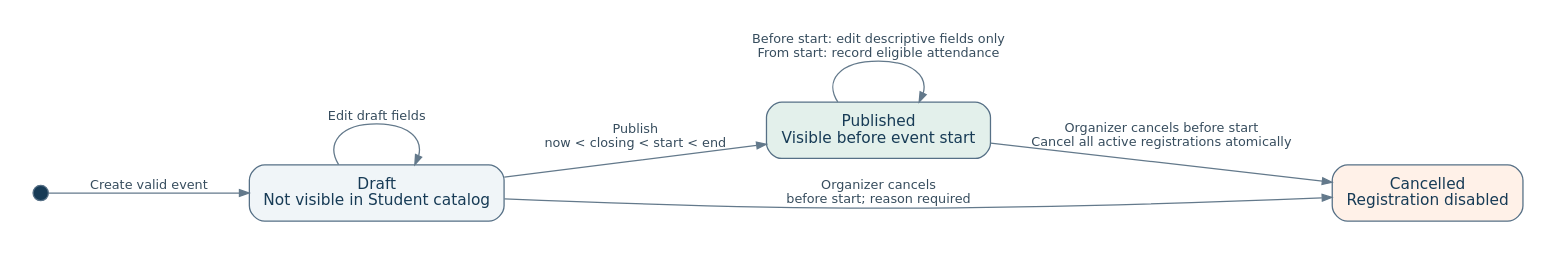
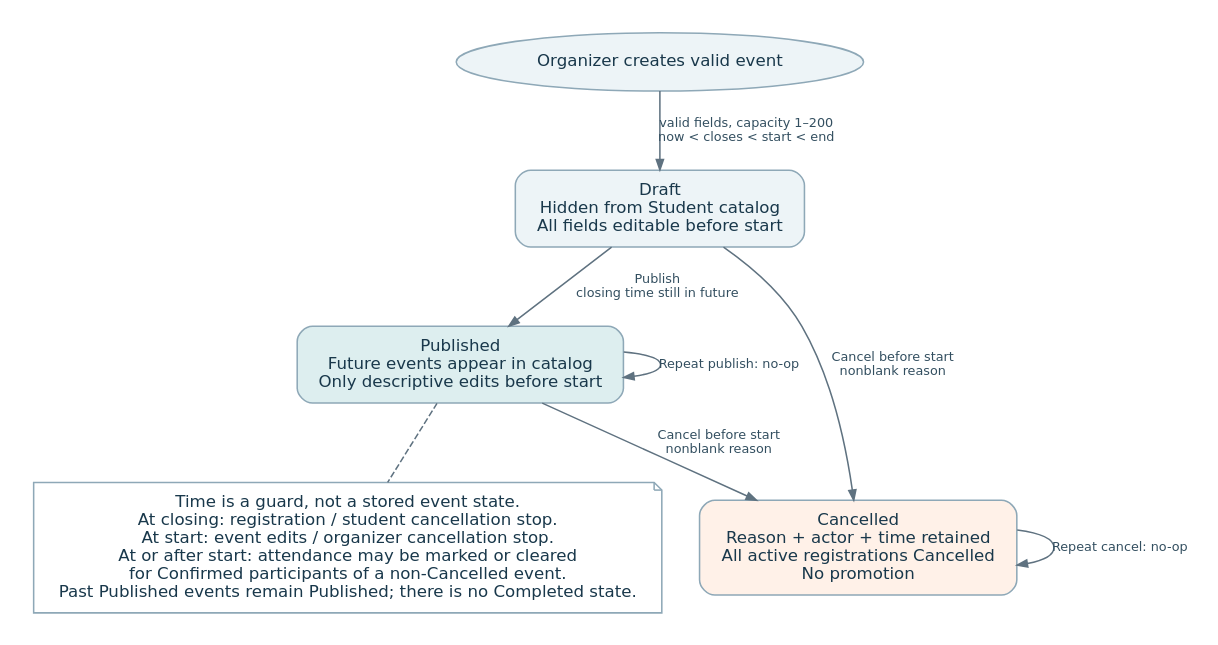
Before and after one commit to alamshahriya1-cpu/campus-event-management: the diagram in docs/diagrams/source/06_event_lifecycle.dot, drawn with Graphviz. The commit also changed 60 other files, not shown here.

Commit message:
Update SRS RTM diagrams and requirements completion report

```diff
--- a/docs/diagrams/source/06_event_lifecycle.dot
+++ b/docs/diagrams/source/06_event_lifecycle.dot
@@ -1,16 +1,34 @@
-digraph Lifecycle {
-graph [bgcolor="white", fontname="DejaVu Sans", pad="0.25", nodesep="0.45", ranksep="0.65"];
-node [fontname="DejaVu Sans", fontsize=12, color="#567086", fontcolor="#173B56", style="rounded,filled", fillcolor="#F0F5F8", shape=box, margin="0.16,0.12"];
-edge [fontname="DejaVu Sans", fontsize=10, color="#63798B", fontcolor="#374D5E", arrowsize=0.75];
-rankdir=LR;ranksep=.9;
-initial [label="",shape=circle,width=.16,style=filled,fillcolor="#173B56"];
-draft [label="Draft\nNot visible in Student catalog",fillcolor="#F0F5F8"];
-published [label="Published\nVisible before event start",fillcolor="#E3F0EB"];
-cancelled [label="Cancelled\nRegistration disabled",fillcolor="#FFF1E8"];
-initial -> draft [label="Create valid event"];
-draft -> draft [label="Edit draft fields"];
-draft -> published [label="Publish\nnow < closing < start < end"];
-draft -> cancelled [label="Organizer cancels\nbefore start; reason required"];
-published -> cancelled [label="Organizer cancels before start\nCancel all active registrations atomically"];
-published -> published [label="Before start: edit descriptive fields only\nFrom start: record eligible attendance"];
+digraph G {
+graph [bgcolor="white", pad="0.25", nodesep="0.40", ranksep="0.55", fontname="DejaVu Sans", fontsize=13];
+node [shape=box, style="rounded,filled", fillcolor="#EDF4F7", color="#8EA8B7", fontcolor="#19384B", fontname="DejaVu Sans", fontsize=13, margin="0.20,0.13", penwidth=1.2];
+edge [color="#5F7280", fontcolor="#334F60", fontname="DejaVu Sans", fontsize=10, arrowsize=0.8, penwidth=1.2];
+rankdir=TB;
+create [shape=oval,label="Organizer creates valid event"];
+draft [label="Draft
+Hidden from Student catalog
+All fields editable before start",fillcolor="#EDF4F7"];
+published [label="Published
+Future events appear in catalog
+Only descriptive edits before start",fillcolor="#DDEEEF"];
+cancelled [label="Cancelled
+Reason + actor + time retained
+All active registrations Cancelled
+No promotion",fillcolor="#FFF1E8"];
+create -> draft [label="valid fields, capacity 1–200
+now < closes < start < end"];
+draft -> published [label="Publish
+closing time still in future"];
+draft -> cancelled [label="Cancel before start
+nonblank reason"];
+published -> cancelled [label="Cancel before start
+nonblank reason"];
+published -> published [label="Repeat publish: no-op"];
+cancelled -> cancelled [label="Repeat cancel: no-op"];
+guard [shape=note,label="Time is a guard, not a stored event state.
+At closing: registration / student cancellation stop.
+At start: event edits / organizer cancellation stop.
+At or after start: attendance may be marked or cleared
+for Confirmed participants of a non-Cancelled event.
+Past Published events remain Published; there is no Completed state.",fillcolor="white"];
+published -> guard [style=dashed,arrowhead=none];
 }
```
